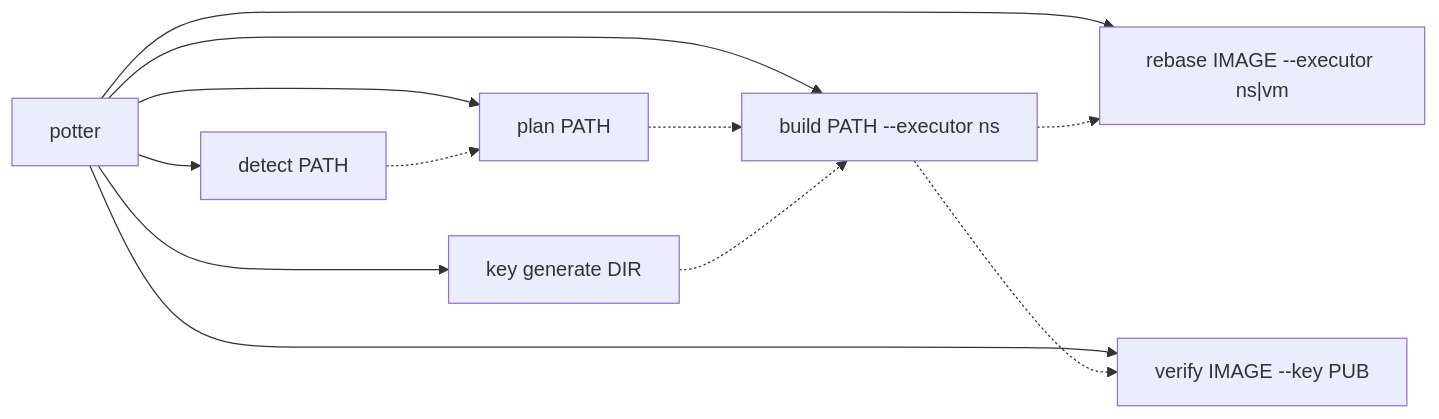
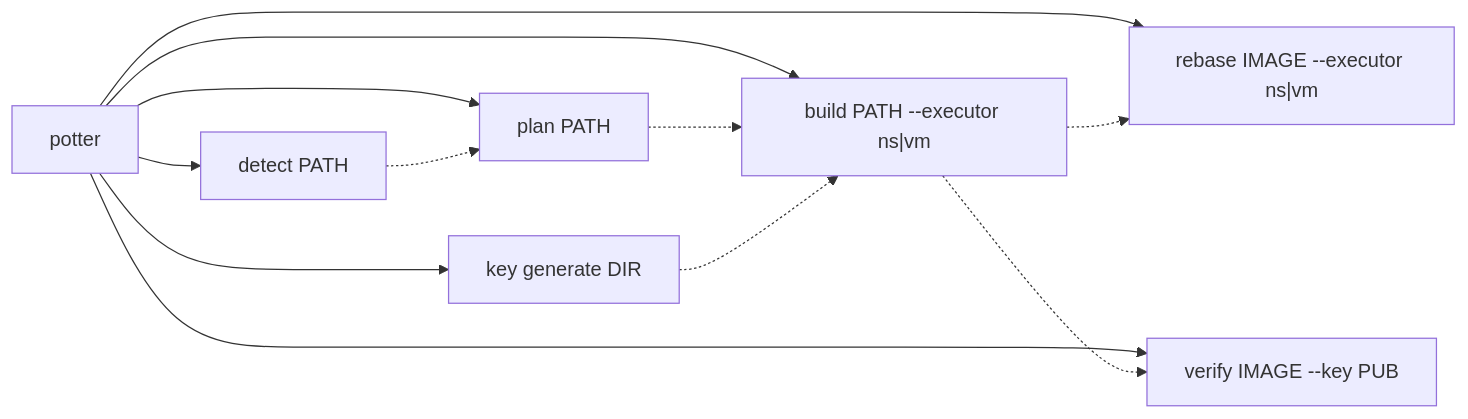
The sixth of 6 diagrams in README.md (AlfonsoCampodonico/potter), drawn with Mermaid before and after one commit. The commit also changed other lines of this file and 5 other files, not shown here.

````diff
--- a/README.md
+++ b/README.md
@@ -290,14 +290,14 @@
 ```mermaid
 flowchart LR
     potter["potter"] --> detect["detect PATH"]
     potter --> plan["plan PATH"]
-    potter --> build["build PATH --executor ns"]
+    potter --> build["build PATH --executor ns|vm"]
     potter --> rebase["rebase IMAGE --executor ns|vm"]
     potter --> verify["verify IMAGE --key PUB"]
     potter --> key["key generate DIR"]
     detect -.-> plan
     plan -.-> build
     key -.-> build
     build -.-> rebase
     build -.-> verify
 ```
````
